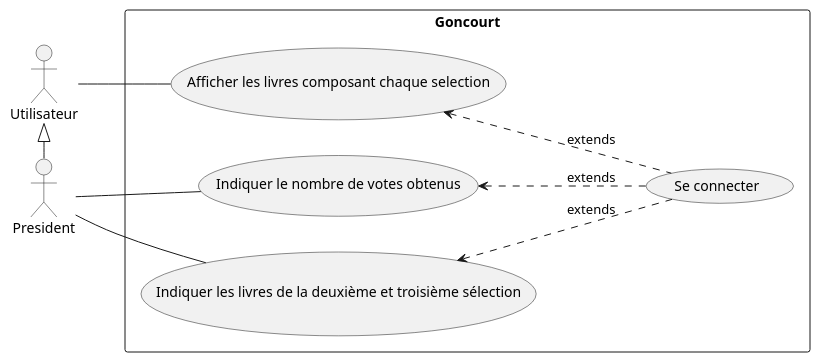
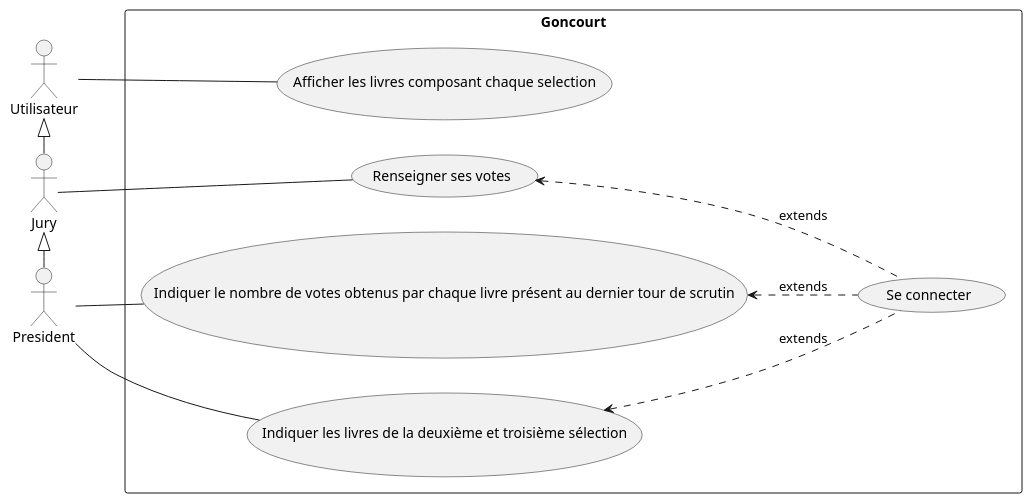
The diagram in doc/uml/1-use_case/goncourt-use_case.puml (DucasseRafael91/Goncourt), drawn with PlantUML before and after one commit. The commit also changed 2 other files, not shown here.

Commit message:
Correction des diagrammes

```diff
--- a/doc/uml/1-use_case/goncourt-use_case.puml
+++ b/doc/uml/1-use_case/goncourt-use_case.puml
@@ -1,25 +1,31 @@
 @startuml
 
 left to right direction
 
 actor President as p
 actor Utilisateur as u
+actor Jury as j
 
-u <|-right- p
+u <|-right- j
+j <|-right- p
+
 
 rectangle Goncourt {
   usecase "Afficher les livres composant chaque selection" as UC1
   usecase "Indiquer les livres de la deuxième et troisième sélection" as UC2
-  usecase "Indiquer le nombre de votes obtenus" as UC3
-  usecase "Se connecter" as UC4
+  usecase "Indiquer le nombre de votes obtenus par chaque livre présent au dernier tour de scrutin" as UC3
+  usecase "Renseigner ses votes" as UC4
+  usecase "Se connecter" as UC5
 }
 
 u -- UC1
 p -- UC2
 p -- UC3
+j -- UC4
 
- UC4 .up.> UC1 : extends
- UC4 .up.> UC2 : extends
- UC4 .up.> UC3 : extends
+
+ UC5 .up.> UC2 : extends
+ UC5 .up.> UC3 : extends
+ UC5 .up.> UC4 : extends
 
 @enduml
```
